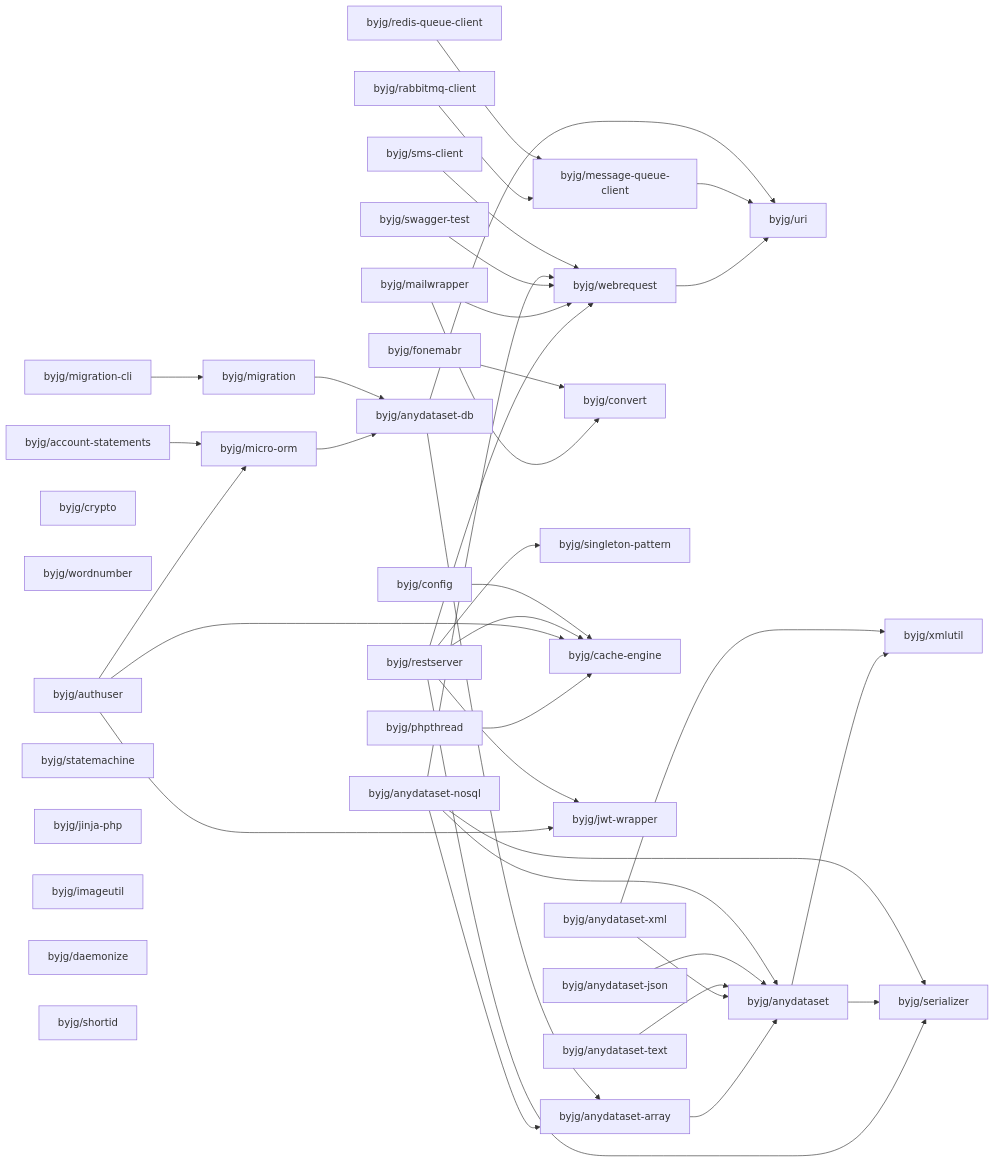
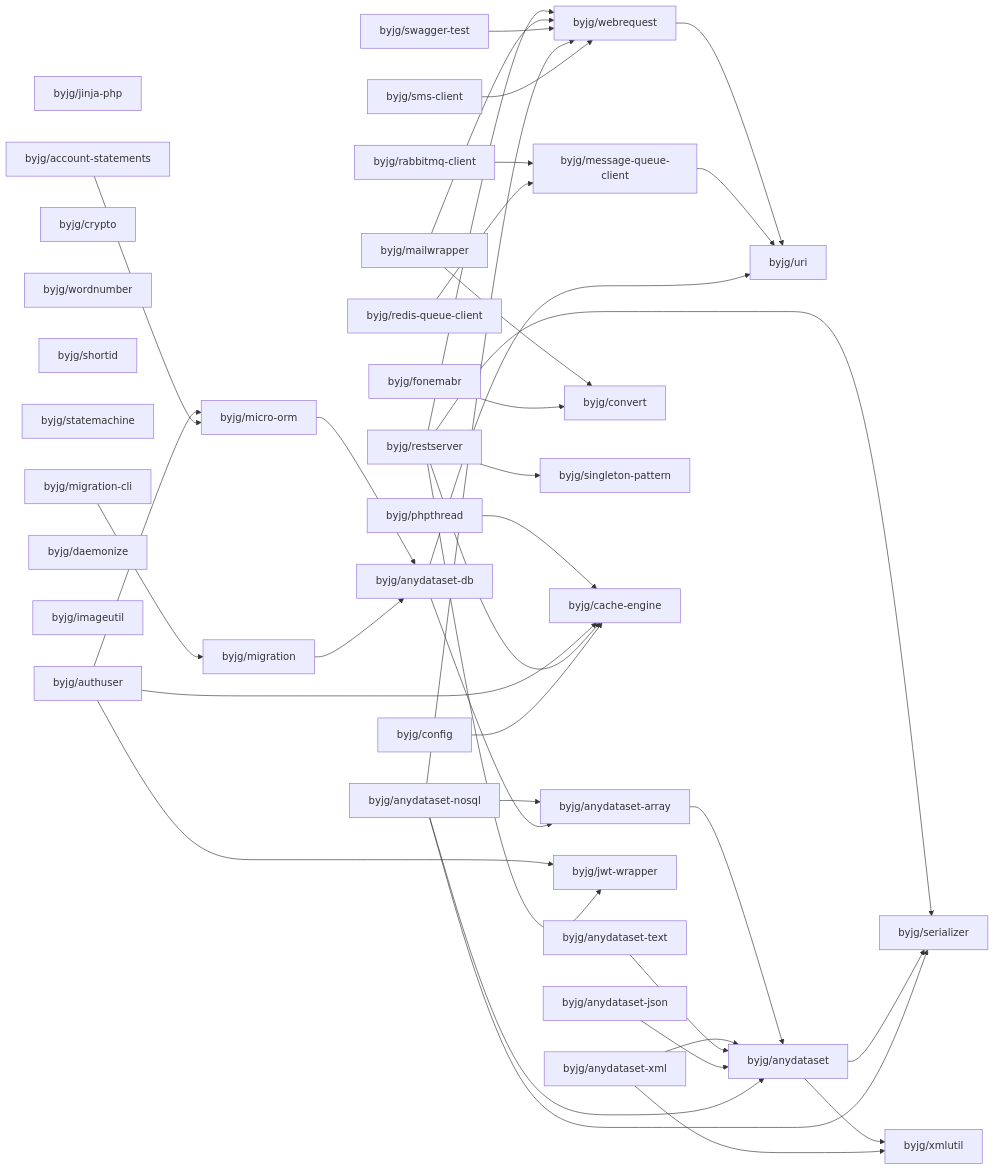
One commit to byjg/byjg.github.io changed the diagram in docs/php/README.md. Above: the diagram before and after it, drawn with Mermaid. The commit also changed other lines of this file, not shown here.

Commit message:
Update documentation 'php' 'php-uri'

````diff
--- a/docs/php/README.md
+++ b/docs/php/README.md
@@ -3,76 +3,76 @@
 ```mermaid
 graph LR;
-  byjg/authuser;
-  byjg/anydataset-xml;
+  byjg/anydataset-json;
+  byjg/jinja-php;
+  byjg/account-statements;
+  byjg/anydataset-text;
   byjg/phpthread;
-  byjg/anydataset-nosql;
-  byjg/config;
-  byjg/account-statements;
+  byjg/fonemabr;
   byjg/crypto;
   byjg/wordnumber;
-  byjg/fonemabr;
+  byjg/rabbitmq-client;
+  byjg/shortid;
+  byjg/swagger-test;
+  byjg/statemachine;
+  byjg/anydataset-xml;
+  byjg/redis-queue-client;
+  byjg/authuser;
+  byjg/config;
+  byjg/anydataset-nosql;
+  byjg/daemonize;
+  byjg/imageutil;
+  byjg/mailwrapper;
+  byjg/sms-client;
+  byjg/restserver;
   byjg/migration-cli;
-  byjg/anydataset-json;
-  byjg/statemachine;
-  byjg/jinja-php;
-  byjg/sms-client;
-  byjg/mailwrapper;
-  byjg/rabbitmq-client;
-  byjg/imageutil;
-  byjg/restserver;
-  byjg/redis-queue-client;
-  byjg/anydataset-text;
-  byjg/swagger-test;
-  byjg/daemonize;
-  byjg/shortid;
+  byjg/message-queue-client;
   byjg/micro-orm;
-  byjg/migration;
   byjg/convert;
   byjg/singleton-pattern;
   byjg/cache-engine;
+  byjg/webrequest;
   byjg/jwt-wrapper;
-  byjg/message-queue-client;
-  byjg/webrequest;
+  byjg/migration;
   byjg/anydataset-db;
   byjg/anydataset-array;
   byjg/uri;
   byjg/anydataset;
   byjg/serializer;
   byjg/xmlutil;
   byjg/phpthread --> byjg/cache-engine;
   byjg/micro-orm --> byjg/anydataset-db;
   byjg/authuser --> byjg/micro-orm;
   byjg/authuser --> byjg/cache-engine;
   byjg/authuser --> byjg/jwt-wrapper;
   byjg/anydataset-array --> byjg/anydataset;
   byjg/restserver --> byjg/serializer;
   byjg/restserver --> byjg/singleton-pattern;
   byjg/restserver --> byjg/cache-engine;
   byjg/restserver --> byjg/webrequest;
   byjg/restserver --> byjg/jwt-wrapper;
   byjg/mailwrapper --> byjg/convert;
   byjg/mailwrapper --> byjg/webrequest;
   byjg/swagger-test --> byjg/webrequest;
   byjg/migration --> byjg/anydataset-db;
   byjg/account-statements --> byjg/micro-orm;
   byjg/anydataset --> byjg/serializer;
   byjg/anydataset --> byjg/xmlutil;
   byjg/fonemabr --> byjg/convert;
   byjg/anydataset-xml --> byjg/anydataset;
   byjg/anydataset-xml --> byjg/xmlutil;
   byjg/webrequest --> byjg/uri;
   byjg/config --> byjg/cache-engine;
   byjg/migration-cli --> byjg/migration;
   byjg/anydataset-text --> byjg/anydataset;
   byjg/message-queue-client --> byjg/uri;
   byjg/anydataset-json --> byjg/anydataset;
   byjg/anydataset-nosql --> byjg/anydataset;
   byjg/anydataset-nosql --> byjg/anydataset-array;
   byjg/anydataset-nosql --> byjg/serializer;
   byjg/anydataset-nosql --> byjg/webrequest;
   byjg/anydataset-db --> byjg/anydataset-array;
   byjg/anydataset-db --> byjg/uri;
   byjg/rabbitmq-client --> byjg/message-queue-client;
   byjg/redis-queue-client --> byjg/message-queue-client;
   byjg/sms-client --> byjg/webrequest;
 ```
````
